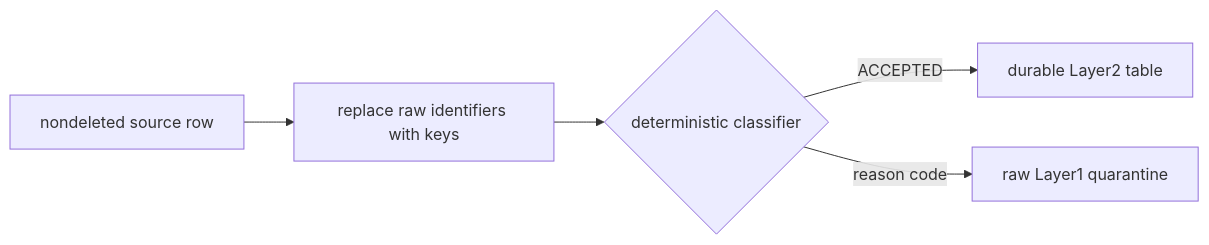
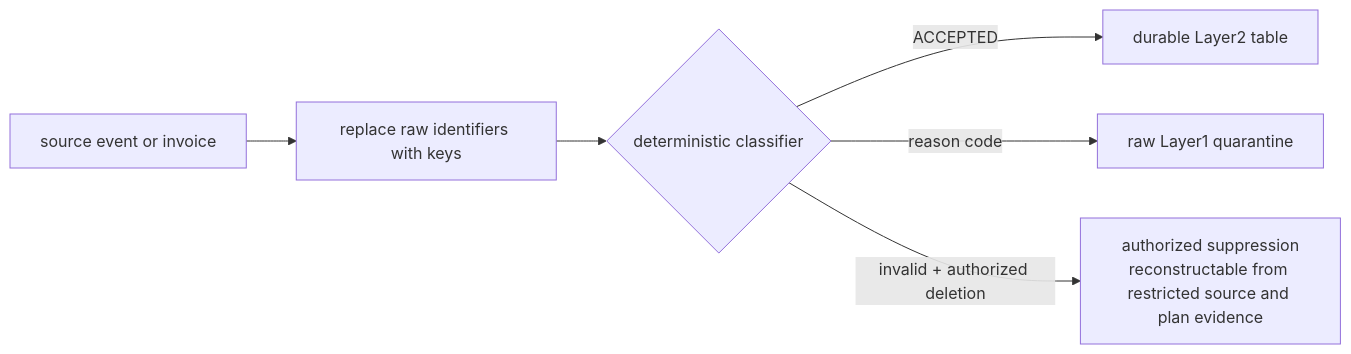
One commit to MiguelElGallo/bricksgdpr-publi changed the diagram in docs/explanation/quarantine-not-silent-dropping.md. Above: the diagram before and after it, drawn with Mermaid. The commit also changed other lines of this file and 57 other files, not shown here.

````diff
--- a/docs/explanation/quarantine-not-silent-dropping.md
+++ b/docs/explanation/quarantine-not-silent-dropping.md
@@ -13,7 +15,8 @@
 ```mermaid
 flowchart LR
-    source["nondeleted source row"] --> keyed["replace raw identifiers with keys"]
+    source["source event or invoice"] --> keyed["replace raw identifiers with keys"]
     keyed --> classify{"deterministic classifier"}
     classify -->|ACCEPTED| protected["durable Layer2 table"]
     classify -->|reason code| quarantine["raw Layer1 quarantine"]
+    classify -->|"invalid + authorized deletion"| suppressed["authorized suppression<br/>reconstructable from restricted source and plan evidence"]
 ```
````
